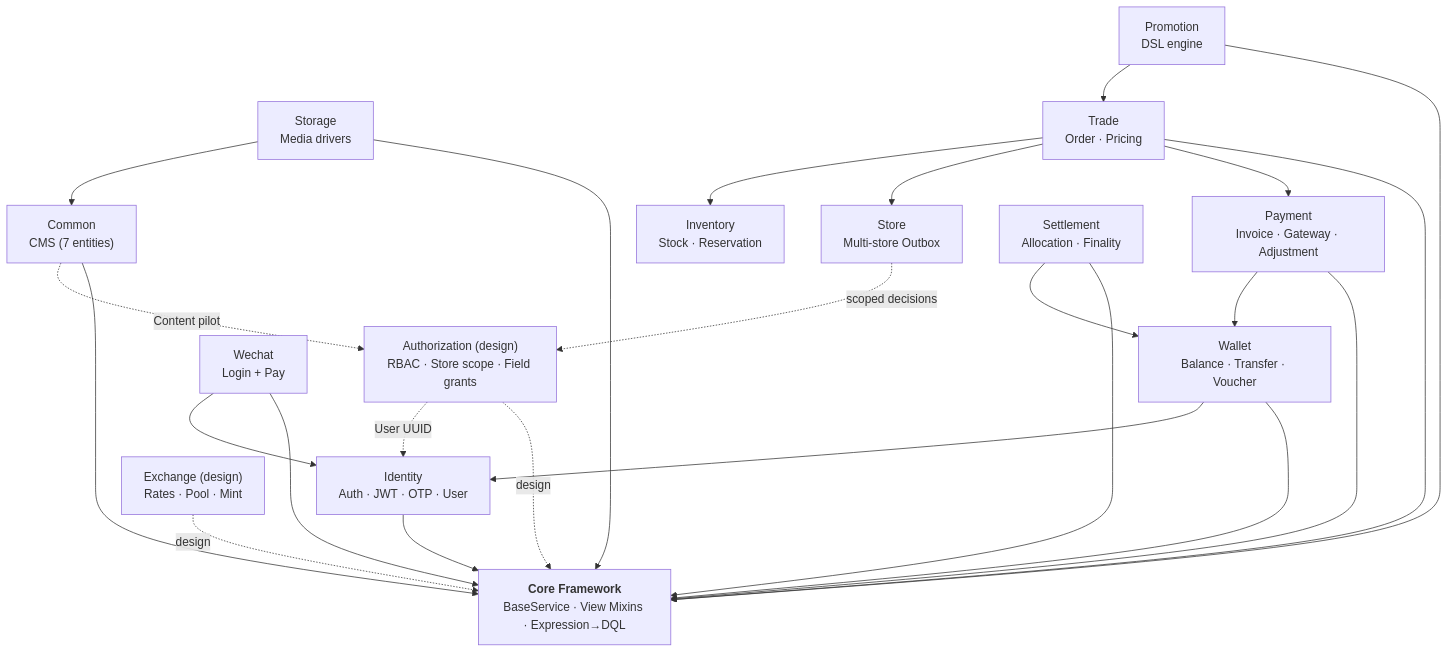
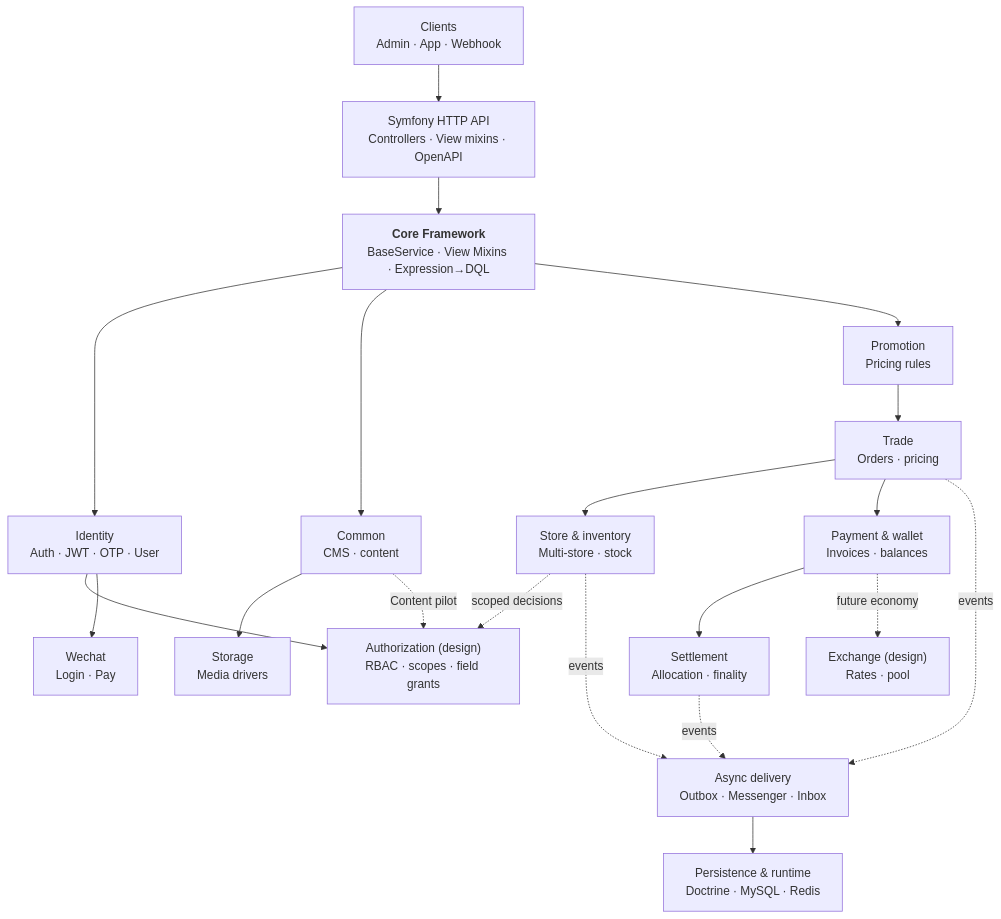
One commit to dream-studio-china/edc-online-membership changed the first of 3 diagrams in README.md. Above: the diagram before and after it, drawn with Mermaid. The commit also changed 3 other files, not shown here.

First line of the commit message:
docs(readme): expand architecture diagram vertically and sync translations

````diff
--- a/README.md
+++ b/README.md
@@ -13,42 +13,38 @@
 ```mermaid
 flowchart TB
+    Client["Clients<br/>Admin · App · Webhook"]
+    Api["Symfony HTTP API<br/>Controllers · View mixins · OpenAPI"]
     Core["<b>Core Framework</b><br/>BaseService · View Mixins · Expression→DQL"]
 
     Identity["Identity<br/>Auth · JWT · OTP · User"]
-    Authorization["Authorization (design)<br/>RBAC · Store scope · Field grants"]
-    Common["Common<br/>CMS (7 entities)"]
+    Authorization["Authorization (design)<br/>RBAC · scopes · field grants"]
+    Common["Common<br/>CMS · content"]
     Storage["Storage<br/>Media drivers"]
-    Wechat["Wechat<br/>Login + Pay"]
-    Wallet["Wallet<br/>Balance · Transfer · Voucher"]
-    Payment["Payment<br/>Invoice · Gateway · Adjustment"]
-    Trade["Trade<br/>Order · Pricing"]
-    Store["Store<br/>Multi-store Outbox"]
-    Inventory["Inventory<br/>Stock · Reservation"]
-    Promotion["Promotion<br/>DSL engine"]
-    Settlement["Settlement<br/>Allocation · Finality"]
-    Exchange["Exchange (design)<br/>Rates · Pool · Mint"]
+    Promotion["Promotion<br/>Pricing rules"]
+    Trade["Trade<br/>Orders · pricing"]
+    Fulfilment["Store & inventory<br/>Multi-store · stock"]
+    Payments["Payment & wallet<br/>Invoices · balances"]
+    Wechat["Wechat<br/>Login · Pay"]
+    Settlement["Settlement<br/>Allocation · finality"]
+    Exchange["Exchange (design)<br/>Rates · pool"]
+    Messaging["Async delivery<br/>Outbox · Messenger · Inbox"]
+    Persistence["Persistence & runtime<br/>Doctrine · MySQL · Redis"]
 
-    Identity --> Core
-    Authorization -. "design" .-> Core
-    Authorization -. "User UUID" .-> Identity
-    Common --> Core
-    Storage --> Core
-    Storage --> Common
-    Wechat --> Core
-    Wechat --> Identity
-    Wallet --> Core
-    Wallet --> Identity
-    Payment --> Core
-    Payment --> Wallet
-    Trade --> Core
-    Trade --> Payment
-    Trade --> Store
-    Trade --> Inventory
-    Store -. "scoped decisions" .-> Authorization
+    Client --> Api --> Core
+    Core --> Identity
+    Core --> Common
+    Core --> Promotion
+    Identity --> Authorization
+    Identity --> Wechat
+    Common --> Storage
     Common -. "Content pilot" .-> Authorization
-    Promotion --> Core
     Promotion --> Trade
-    Settlement --> Core
-    Settlement --> Wallet
-    Exchange -. "design" .-> Core
+    Trade --> Fulfilment
+    Trade --> Payments --> Settlement
+    Fulfilment -. "scoped decisions" .-> Authorization
+    Payments -. "future economy" .-> Exchange
+    Trade -. events .-> Messaging
+    Fulfilment -. events .-> Messaging
+    Settlement -. events .-> Messaging
+    Messaging --> Persistence
 ```
````
